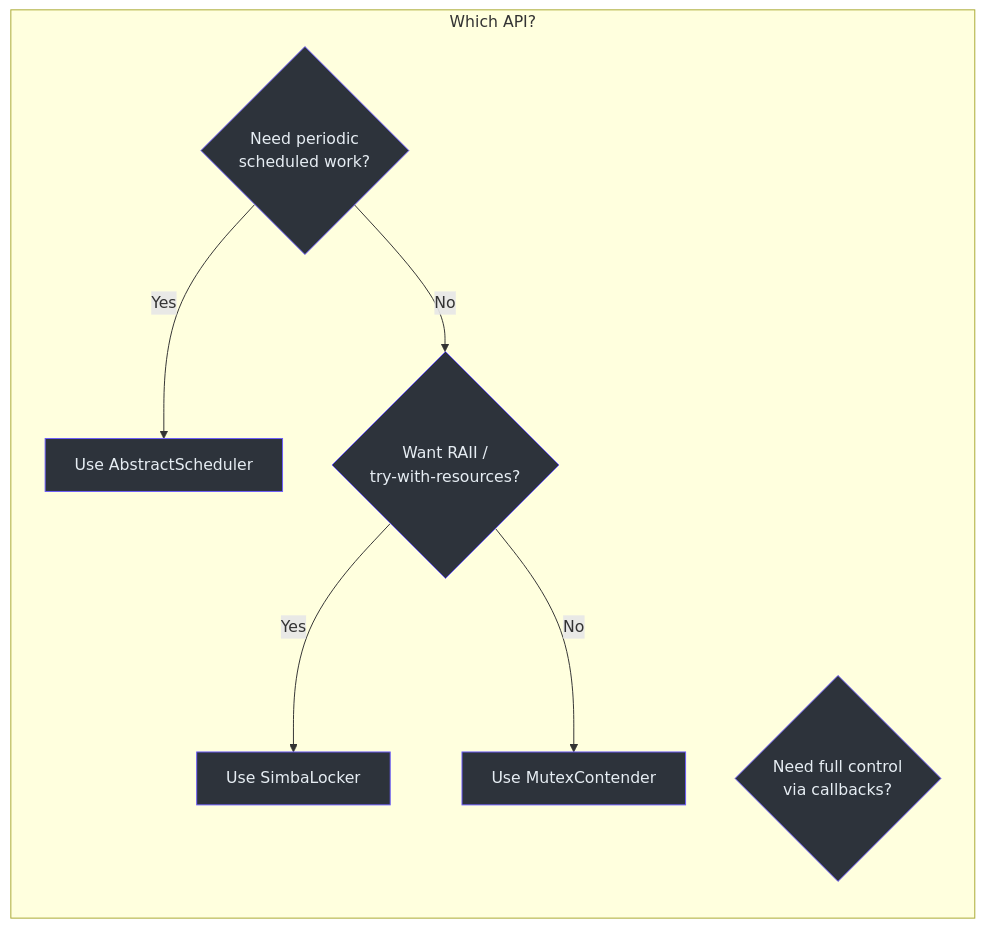
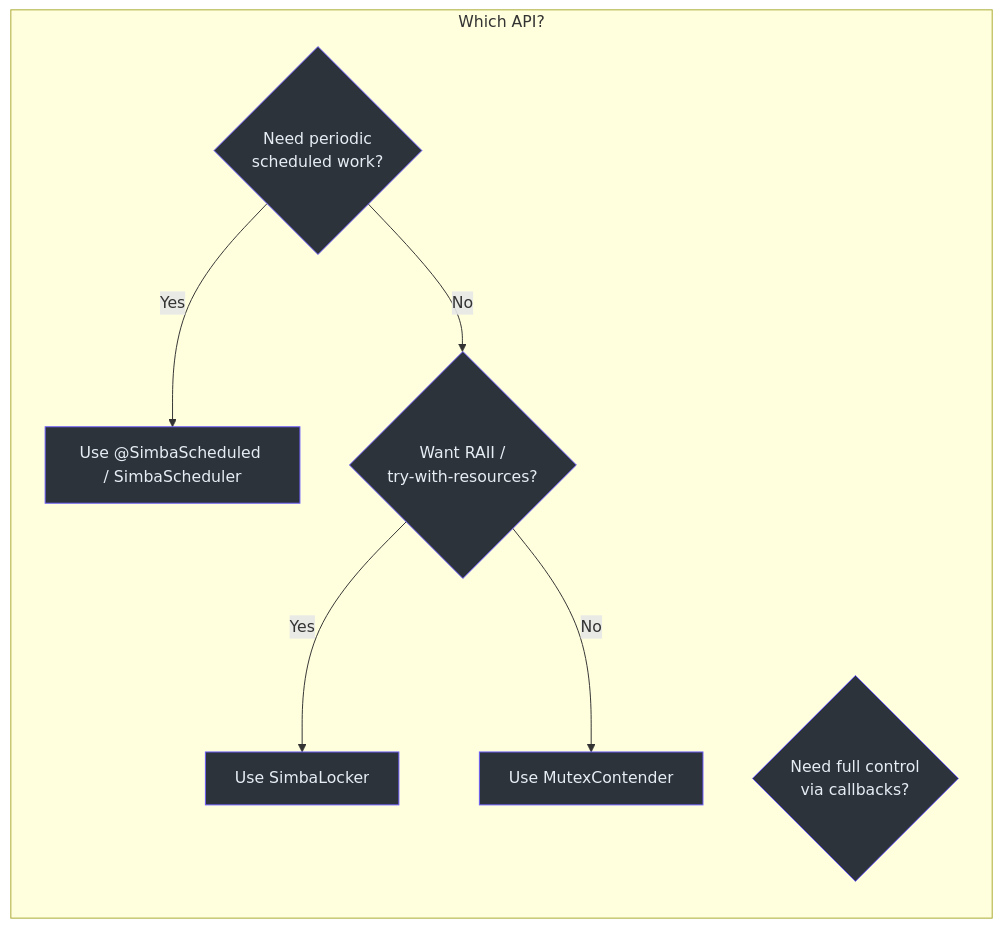
Before and after one commit to Ahoo-Wang/Simba: the first of 4 diagrams in wiki/guide/quick-start.md, drawn with Mermaid. The commit also changed other lines of this file and 22 other files, not shown here.

First line of the commit message:
feat(starter): add @SimbaScheduled for leader-only methods managed by Spring (#579)

````diff
--- a/wiki/guide/quick-start.md
+++ b/wiki/guide/quick-start.md
@@ -106,25 +106,25 @@
 ```mermaid
 graph TD
     subgraph sg_20 ["Which API?"]
         direction TB
         Q1{"Need periodic<br>scheduled work?"}
         Q2{"Want RAII /<br>try-with-resources?"}
         Q3{"Need full control<br>via callbacks?"}
-        SCH["Use AbstractScheduler"]
+        SCH["Use @SimbaScheduled / SimbaScheduler"]
         LK["Use SimbaLocker"]
         CB["Use MutexContender"]
     end
 
     Q1 -->|"Yes"| SCH
     Q1 -->|"No"| Q2
     Q2 -->|"Yes"| LK
     Q2 -->|"No"| CB
 
     style Q1 fill:#2d333b,stroke:#6d5dfc,color:#e6edf3
     style Q2 fill:#2d333b,stroke:#6d5dfc,color:#e6edf3
     style Q3 fill:#2d333b,stroke:#6d5dfc,color:#e6edf3
     style SCH fill:#2d333b,stroke:#6d5dfc,color:#e6edf3
     style LK fill:#2d333b,stroke:#6d5dfc,color:#e6edf3
     style CB fill:#2d333b,stroke:#6d5dfc,color:#e6edf3
 
 ```
````
